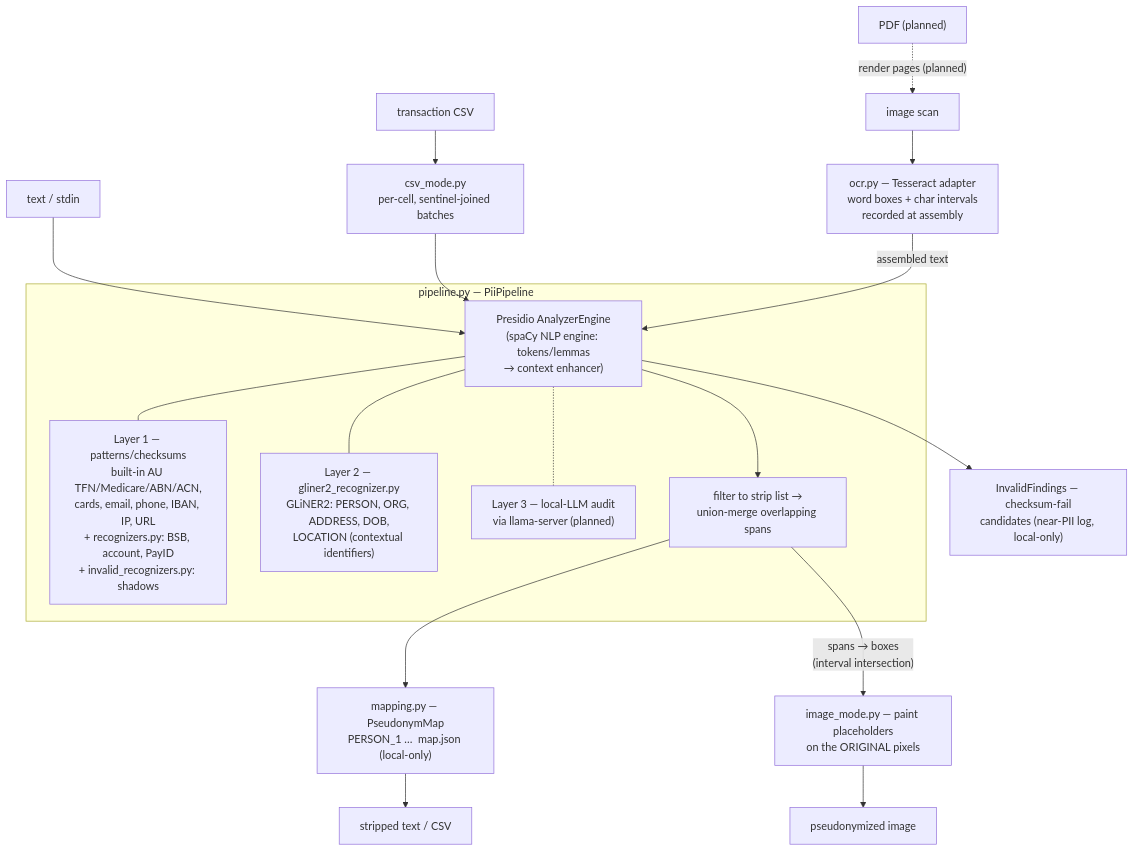
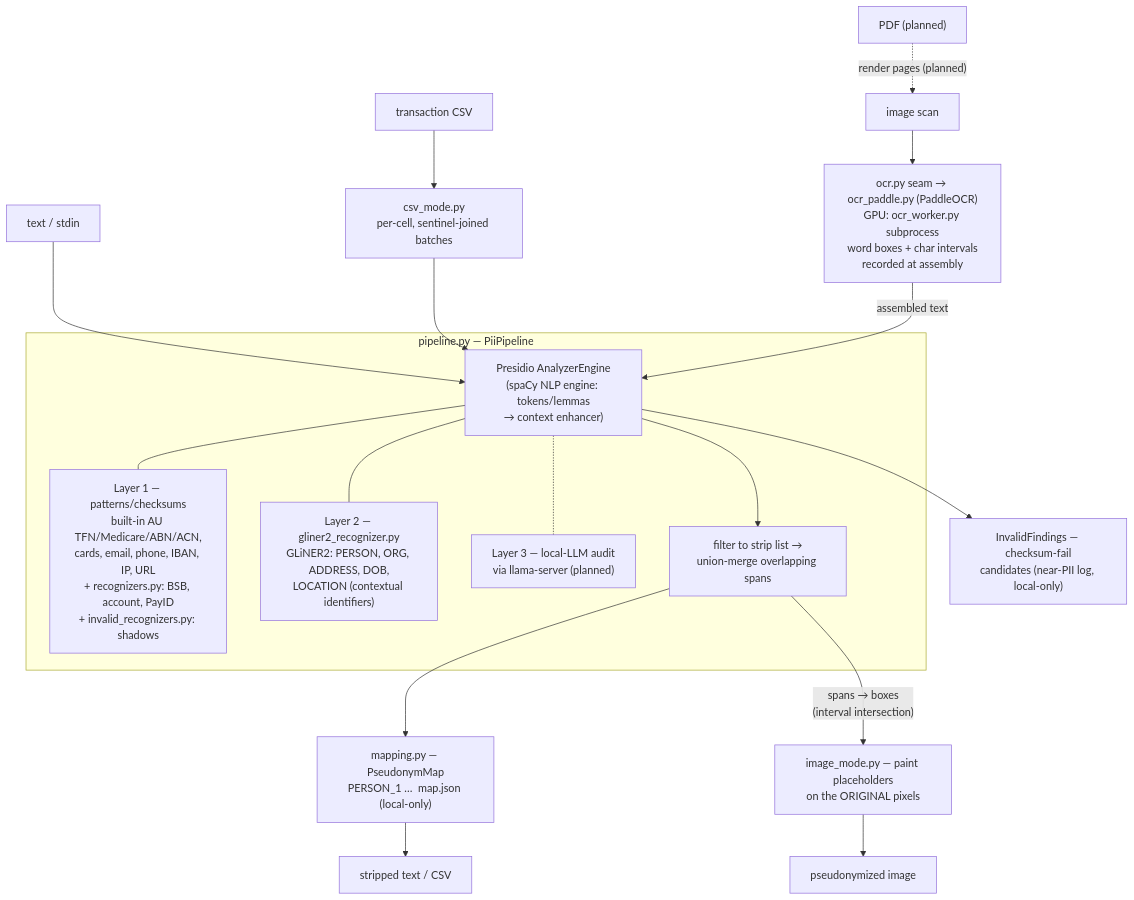
The diagram in pii/core/ARCHITECTURE.md (skoulik/BrokerAI), drawn with Mermaid before and after one commit. The commit also changed other lines of this file and 23 other files, not shown here.

First line of the commit message:
pii: retire Tesseract - paddle worker isolation, v6_medium default

````diff
--- a/pii/core/ARCHITECTURE.md
+++ b/pii/core/ARCHITECTURE.md
@@ -52,33 +54,33 @@
 ```mermaid
 flowchart TB
     TXT["text / stdin"]
     CSV["transaction CSV"]
     IMG["image scan"]
     PDF["PDF (planned)"]
 
     PDF -. "render pages (planned)" .-> IMG
-    IMG --> OCRPY["ocr.py — Tesseract adapter<br>word boxes + char intervals<br>recorded at assembly"]
+    IMG --> OCRPY["ocr.py seam → ocr_paddle.py (PaddleOCR)<br>GPU: ocr_worker.py subprocess<br>word boxes + char intervals<br>recorded at assembly"]
     CSV --> CSVM["csv_mode.py<br>per-cell, sentinel-joined batches"]
 
     TXT --> AE
     CSVM --> AE
     OCRPY -- "assembled text" --> AE
 
     subgraph PIPE["pipeline.py — PiiPipeline"]
         AE["Presidio AnalyzerEngine<br>(spaCy NLP engine: tokens/lemmas<br>→ context enhancer)"]
         L1["Layer 1 — patterns/checksums<br>built-in AU TFN/Medicare/ABN/ACN,<br>cards, email, phone, IBAN, IP, URL<br>+ recognizers.py: BSB, account, PayID<br>+ invalid_recognizers.py: shadows"]
         L2["Layer 2 — gliner2_recognizer.py<br>GLiNER2: PERSON, ORG, ADDRESS, DOB,<br>LOCATION (contextual identifiers)"]
         L3["Layer 3 — local-LLM audit<br>via llama-server (planned)"]
         MRG["filter to strip list →<br>union-merge overlapping spans"]
         AE --- L1
         AE --- L2
         AE -.- L3
         AE --> MRG
     end
 
     MRG --> PM["mapping.py — PseudonymMap<br>PERSON_1 …  map.json (local-only)"]
     AE --> INV["InvalidFindings — checksum-fail<br>candidates (near-PII log, local-only)"]
     PM --> OUT1["stripped text / CSV"]
     MRG -- "spans → boxes<br>(interval intersection)" --> PAINT["image_mode.py — paint placeholders<br>on the ORIGINAL pixels"]
     PAINT --> OUT2["pseudonymized image"]
 ```
````
